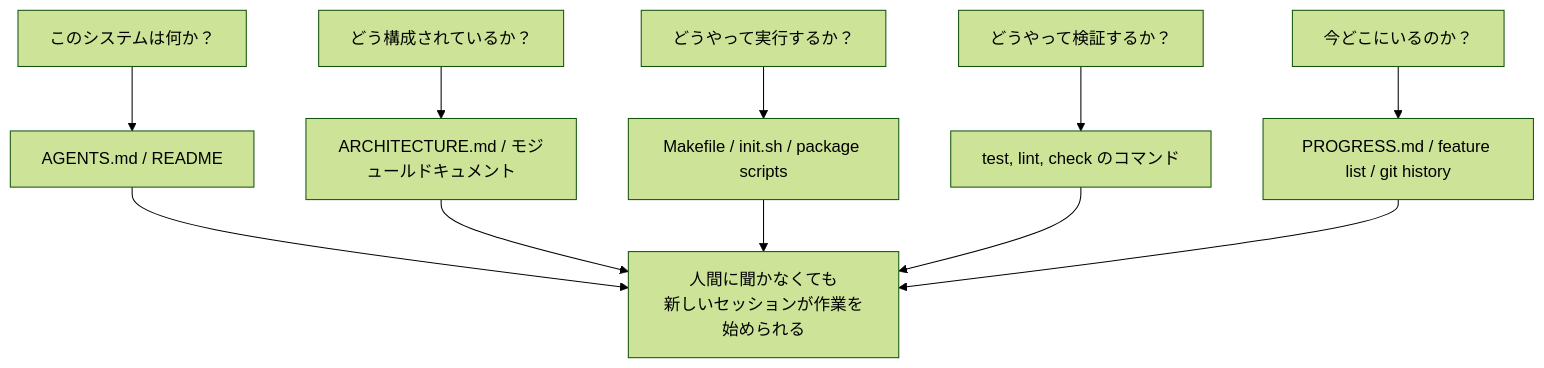
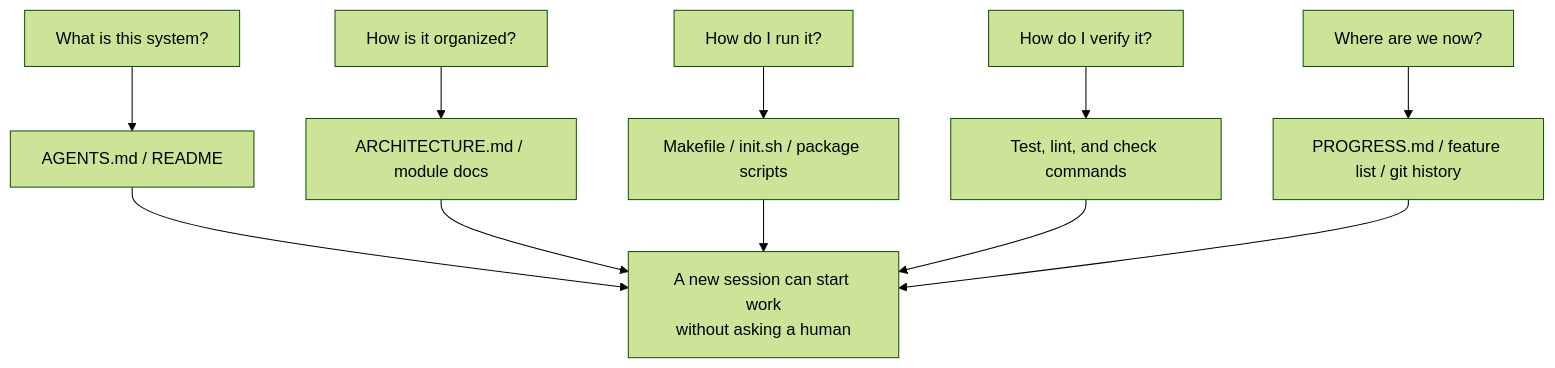
Before and after one commit to mkusaka/learn-harness-engineering: the second of 2 diagrams in docs/en/lectures/lecture-03-why-the-repository-must-become-the-system-of-record/index.md, drawn with Mermaid (forest theme). The commit also changed other lines of this file and 684 other files, not shown here.

````diff
--- a/docs/en/lectures/lecture-03-why-the-repository-must-become-the-system-of-record/index.md
+++ b/docs/en/lectures/lecture-03-why-the-repository-must-become-the-system-of-record/index.md
@@ -39,14 +39,14 @@
 ```mermaid
 flowchart TB
-    Q1["このシステムは何か？"] --> A1["AGENTS.md / README"]
-    Q2["どう構成されているか？"] --> A2["ARCHITECTURE.md / モジュールドキュメント"]
-    Q3["どうやって実行するか？"] --> A3["Makefile / init.sh / package scripts"]
-    Q4["どうやって検証するか？"] --> A4["test, lint, check のコマンド"]
-    Q5["今どこにいるのか？"] --> A5["PROGRESS.md / feature list / git history"]
+    Q1["What is this system?"] --> A1["AGENTS.md / README"]
+    Q2["How is it organized?"] --> A2["ARCHITECTURE.md / module docs"]
+    Q3["How do I run it?"] --> A3["Makefile / init.sh / package scripts"]
+    Q4["How do I verify it?"] --> A4["Test, lint, and check commands"]
+    Q5["Where are we now?"] --> A5["PROGRESS.md / feature list / git history"]
 
-    A1 --> Ready["人間に聞かなくても<br/>新しいセッションが作業を始められる"]
+    A1 --> Ready["A new session can start work<br/>without asking a human"]
     A2 --> Ready
     A3 --> Ready
     A4 --> Ready
     A5 --> Ready
 ```
````
